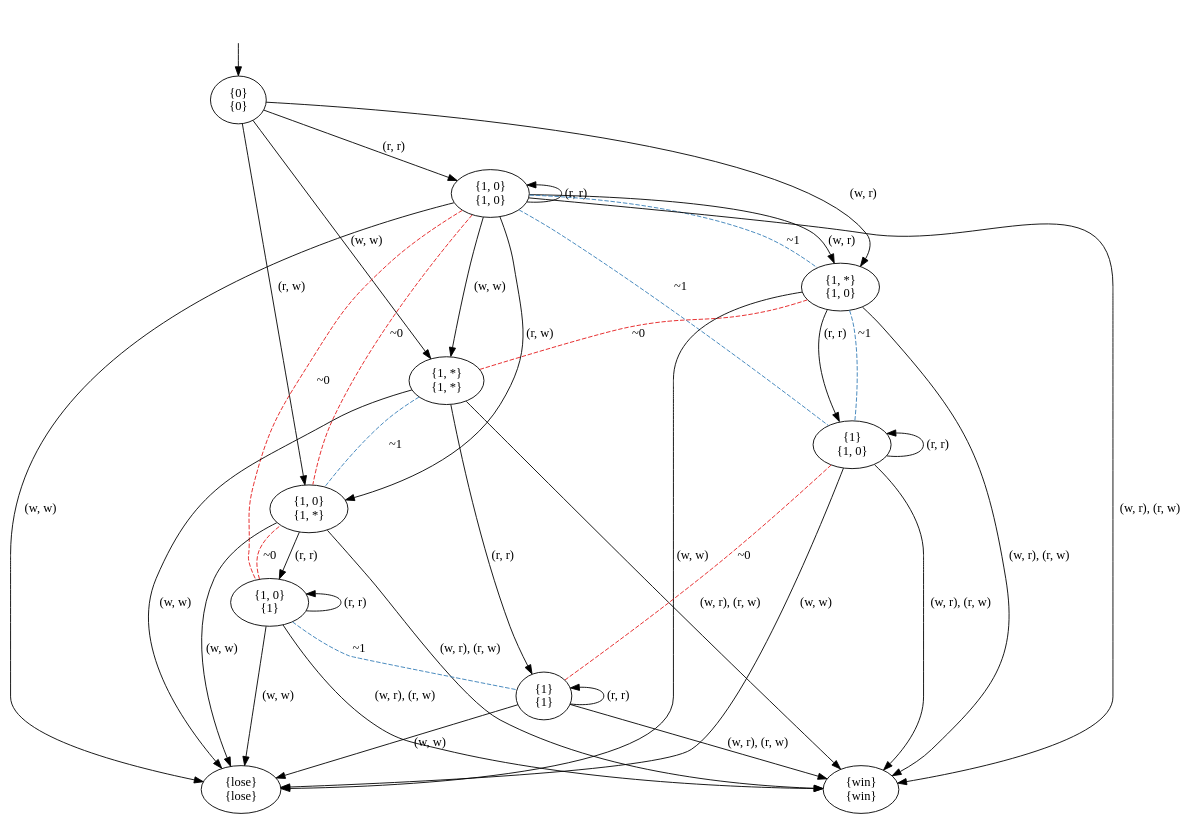
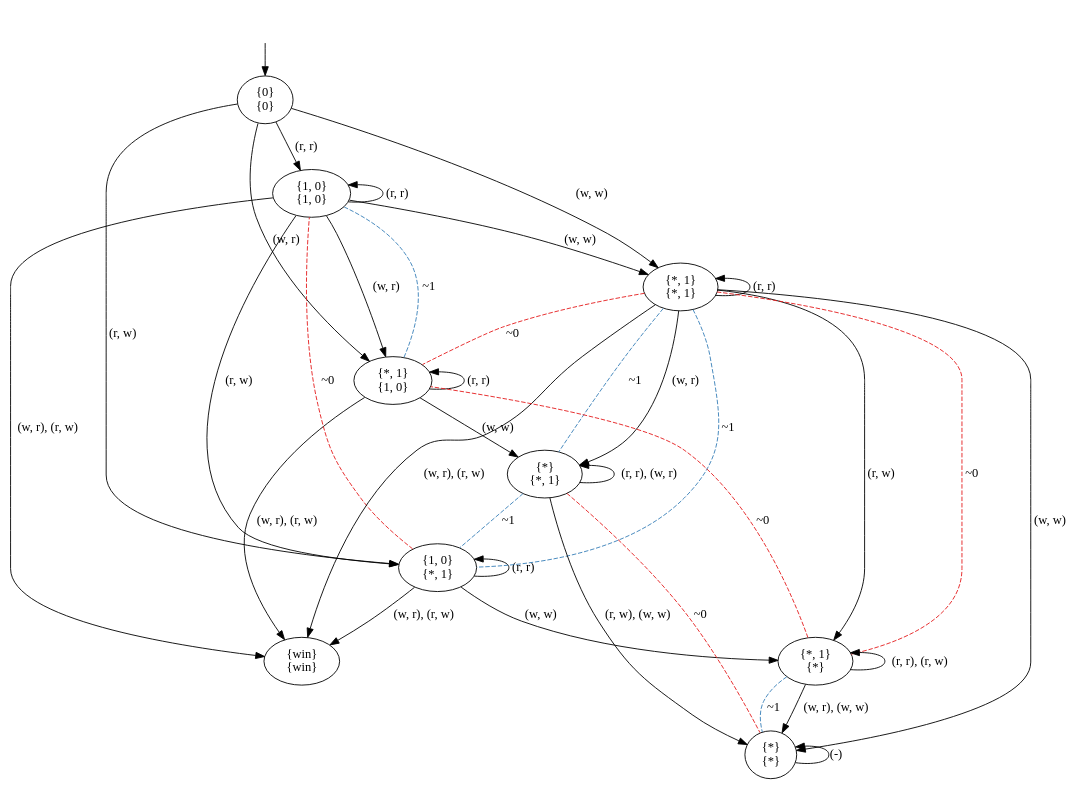
The diagram in pictures/GK.dot (olandr/mkbsc), drawn with Graphviz before and after one commit. The commit also changed 4 other files, not shown here.

```diff
--- a/pictures/GK.dot
+++ b/pictures/GK.dot
@@ -1,56 +1,52 @@
 digraph  {
 concentrate=False;
 nodesep=0.5;
 ranksep=0.5;
 splines=True;
-4531740120 [label="{0}\n{0}"];
-4531740176 [label="{1, 0}\n{1, 0}"];
-4531740568 [label="{1, *}\n{1, 0}"];
-4531740512 [label="{1, 0}\n{1, *}"];
-4531740344 [label="{1, *}\n{1, *}"];
-4531672288 [label="{win}\n{win}"];
-4531672568 [label="{lose}\n{lose}"];
-4531672736 [label="{1}\n{1, 0}"];
-4531673016 [label="{1, 0}\n{1}"];
-4531673296 [label="{1}\n{1}"];
+4656099000 [label="{0}\n{0}"];
+4656099056 [label="{1, 0}\n{1, 0}"];
+4656098160 [label="{*, 1}\n{1, 0}"];
+4656099280 [label="{1, 0}\n{*, 1}"];
+4656098440 [label="{*, 1}\n{*, 1}"];
+4656098104 [label="{win}\n{win}"];
+4656030160 [label="{*}\n{*, 1}"];
+4656030440 [label="{*, 1}\n{*}"];
+4656030832 [label="{*}\n{*}"];
 hidden [label="", shape=none];
-4531740120 -> 4531740176  [action="('r', 'r')", key="('r', 'r')", label="(r, r)"];
-4531740120 -> 4531740568  [action="('w', 'r')", key="('w', 'r')", label="(w, r)"];
-4531740120 -> 4531740512  [action="('r', 'w')", key="('r', 'w')", label="(r, w)"];
-4531740120 -> 4531740344  [action="('w', 'w')", key="('w', 'w')", label="(w, w)"];
-4531740176 -> 4531740176  [action="('r', 'r')", dir=back, key="('r', 'r')", label="(r, r)"];
-4531740176 -> 4531740568  [action="('w', 'r')", key="('w', 'r')", label="(w, r)"];
-4531740176 -> 4531740568  [arrowhead=none, color=2, colorscheme=set19, constraint=True, key=1, label="~1", style=dashed];
-4531740176 -> 4531740512  [action="('r', 'w')", key="('r', 'w')", label="(r, w)"];
-4531740176 -> 4531740512  [arrowhead=none, color=1, colorscheme=set19, constraint=True, key=1, label="~0", style=dashed];
-4531740176 -> 4531672568  [action="('w', 'w')", key="('w', 'w')", label="(w, w)"];
-4531740176 -> 4531740344  [action="('w', 'w')", key="('w', 'w')", label="(w, w)"];
-4531740176 -> 4531672288  [action="(('w', 'r'), ('r', 'w'))", key="(('w', 'r'), ('r', 'w'))", label="(w, r), (r, w)"];
-4531740176 -> 4531673016  [arrowhead=none, color=1, colorscheme=set19, constraint=True, key=0, label="~0", style=dashed];
-4531740176 -> 4531672736  [arrowhead=none, color=2, colorscheme=set19, constraint=True, key=0, label="~1", style=dashed];
-4531740568 -> 4531672736  [action="('r', 'r')", key="('r', 'r')", label="(r, r)"];
-4531740568 -> 4531672568  [action="('w', 'w')", key="('w', 'w')", label="(w, w)"];
-4531740568 -> 4531672288  [action="(('w', 'r'), ('r', 'w'))", key="(('w', 'r'), ('r', 'w'))", label="(w, r), (r, w)"];
-4531740568 -> 4531740344  [arrowhead=none, color=1, colorscheme=set19, constraint=True, key=0, label="~0", style=dashed];
-4531740512 -> 4531673016  [action="('r', 'r')", key="('r', 'r')", label="(r, r)"];
-4531740512 -> 4531672568  [action="('w', 'w')", key="('w', 'w')", label="(w, w)"];
-4531740512 -> 4531672288  [action="(('w', 'r'), ('r', 'w'))", key="(('w', 'r'), ('r', 'w'))", label="(w, r), (r, w)"];
-4531740344 -> 4531673296  [action="('r', 'r')", key="('r', 'r')", label="(r, r)"];
-4531740344 -> 4531672568  [action="('w', 'w')", key="('w', 'w')", label="(w, w)"];
-4531740344 -> 4531672288  [action="(('w', 'r'), ('r', 'w'))", key="(('w', 'r'), ('r', 'w'))", label="(w, r), (r, w)"];
-4531740344 -> 4531740512  [arrowhead=none, color=2, colorscheme=set19, constraint=True, key=0, label="~1", style=dashed];
-4531672736 -> 4531672736  [action="('r', 'r')", dir=back, key="('r', 'r')", label="(r, r)"];
-4531672736 -> 4531672568  [action="('w', 'w')", key="('w', 'w')", label="(w, w)"];
-4531672736 -> 4531672288  [action="(('w', 'r'), ('r', 'w'))", key="(('w', 'r'), ('r', 'w'))", label="(w, r), (r, w)"];
-4531672736 -> 4531673296  [arrowhead=none, color=1, colorscheme=set19, constraint=True, key=0, label="~0", style=dashed];
-4531672736 -> 4531740568  [arrowhead=none, color=2, colorscheme=set19, constraint=True, key=0, label="~1", style=dashed];
-4531673016 -> 4531673016  [action="('r', 'r')", dir=back, key="('r', 'r')", label="(r, r)"];
-4531673016 -> 4531672568  [action="('w', 'w')", key="('w', 'w')", label="(w, w)"];
-4531673016 -> 4531672288  [action="(('w', 'r'), ('r', 'w'))", key="(('w', 'r'), ('r', 'w'))", label="(w, r), (r, w)"];
-4531673016 -> 4531740512  [arrowhead=none, color=1, colorscheme=set19, constraint=True, key=0, label="~0", style=dashed];
-4531673016 -> 4531673296  [arrowhead=none, color=2, colorscheme=set19, constraint=True, key=0, label="~1", style=dashed];
-4531673296 -> 4531673296  [action="('r', 'r')", dir=back, key="('r', 'r')", label="(r, r)"];
-4531673296 -> 4531672568  [action="('w', 'w')", key="('w', 'w')", label="(w, w)"];
-4531673296 -> 4531672288  [action="(('w', 'r'), ('r', 'w'))", key="(('w', 'r'), ('r', 'w'))", label="(w, r), (r, w)"];
-hidden -> 4531740120  [key=0];
+4656099000 -> 4656099056  [action="('r', 'r')", key="('r', 'r')", label="(r, r)"];
+4656099000 -> 4656098160  [action="('w', 'r')", key="('w', 'r')", label="(w, r)"];
+4656099000 -> 4656099280  [action="('r', 'w')", key="('r', 'w')", label="(r, w)"];
+4656099000 -> 4656098440  [action="('w', 'w')", key="('w', 'w')", label="(w, w)"];
+4656099056 -> 4656099056  [action="('r', 'r')", dir=back, key="('r', 'r')", label="(r, r)"];
+4656099056 -> 4656098160  [action="('w', 'r')", key="('w', 'r')", label="(w, r)"];
+4656099056 -> 4656099280  [action="('r', 'w')", key="('r', 'w')", label="(r, w)"];
+4656099056 -> 4656098440  [action="('w', 'w')", key="('w', 'w')", label="(w, w)"];
+4656099056 -> 4656098104  [action="(('w', 'r'), ('r', 'w'))", key="(('w', 'r'), ('r', 'w'))", label="(w, r), (r, w)"];
+4656098160 -> 4656098160  [action="('r', 'r')", dir=back, key="('r', 'r')", label="(r, r)"];
+4656098160 -> 4656030160  [action="('w', 'w')", key="('w', 'w')", label="(w, w)"];
+4656098160 -> 4656098104  [action="(('w', 'r'), ('r', 'w'))", key="(('w', 'r'), ('r', 'w'))", label="(w, r), (r, w)"];
+4656098160 -> 4656099056  [arrowhead=none, color=2, colorscheme=set19, constraint=True, key=0, label="~1", style=dashed];
+4656099280 -> 4656099280  [action="('r', 'r')", dir=back, key="('r', 'r')", label="(r, r)"];
+4656099280 -> 4656030440  [action="('w', 'w')", key="('w', 'w')", label="(w, w)"];
+4656099280 -> 4656098104  [action="(('w', 'r'), ('r', 'w'))", key="(('w', 'r'), ('r', 'w'))", label="(w, r), (r, w)"];
+4656099280 -> 4656099056  [arrowhead=none, color=1, colorscheme=set19, constraint=True, key=0, label="~0", style=dashed];
+4656098440 -> 4656098440  [action="('r', 'r')", dir=back, key="('r', 'r')", label="(r, r)"];
+4656098440 -> 4656030160  [action="('w', 'r')", key="('w', 'r')", label="(w, r)"];
+4656098440 -> 4656030160  [arrowhead=none, color=2, colorscheme=set19, constraint=True, key=1, label="~1", style=dashed];
+4656098440 -> 4656030440  [action="('r', 'w')", key="('r', 'w')", label="(r, w)"];
+4656098440 -> 4656030440  [arrowhead=none, color=1, colorscheme=set19, constraint=True, key=1, label="~0", style=dashed];
+4656098440 -> 4656030832  [action="('w', 'w')", key="('w', 'w')", label="(w, w)"];
+4656098440 -> 4656098104  [action="(('w', 'r'), ('r', 'w'))", key="(('w', 'r'), ('r', 'w'))", label="(w, r), (r, w)"];
+4656098440 -> 4656098160  [arrowhead=none, color=1, colorscheme=set19, constraint=True, key=0, label="~0", style=dashed];
+4656098440 -> 4656099280  [arrowhead=none, color=2, colorscheme=set19, constraint=True, key=0, label="~1", style=dashed];
+4656030160 -> 4656030160  [action="(('r', 'r'), ('w', 'r'))", dir=back, key="(('r', 'r'), ('w', 'r'))", label="(r, r), (w, r)"];
+4656030160 -> 4656030832  [action="(('r', 'w'), ('w', 'w'))", key="(('r', 'w'), ('w', 'w'))", label="(r, w), (w, w)"];
+4656030160 -> 4656030832  [arrowhead=none, color=1, colorscheme=set19, constraint=True, key=1, label="~0", style=dashed];
+4656030160 -> 4656099280  [arrowhead=none, color=2, colorscheme=set19, constraint=True, key=0, label="~1", style=dashed];
+4656030440 -> 4656030440  [action="(('r', 'r'), ('r', 'w'))", dir=back, key="(('r', 'r'), ('r', 'w'))", label="(r, r), (r, w)"];
+4656030440 -> 4656030832  [action="(('w', 'r'), ('w', 'w'))", key="(('w', 'r'), ('w', 'w'))", label="(w, r), (w, w)"];
+4656030440 -> 4656030832  [arrowhead=none, color=2, colorscheme=set19, constraint=True, key=1, label="~1", style=dashed];
+4656030440 -> 4656098160  [arrowhead=none, color=1, colorscheme=set19, constraint=True, key=0, label="~0", style=dashed];
+4656030832 -> 4656030832  [action="(('r', 'r'), ('w', 'r'), ('r', 'w'), ('w', 'w'))", dir=back, key="(('r', 'r'), ('w', 'r'), ('r', 'w'), ('w', 'w'))", label="(-)"];
+hidden -> 4656099000  [key=0];
 }
```
